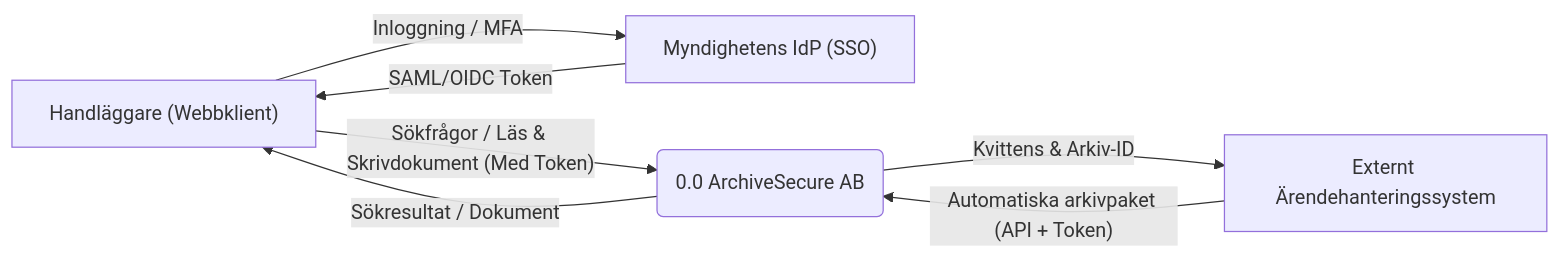
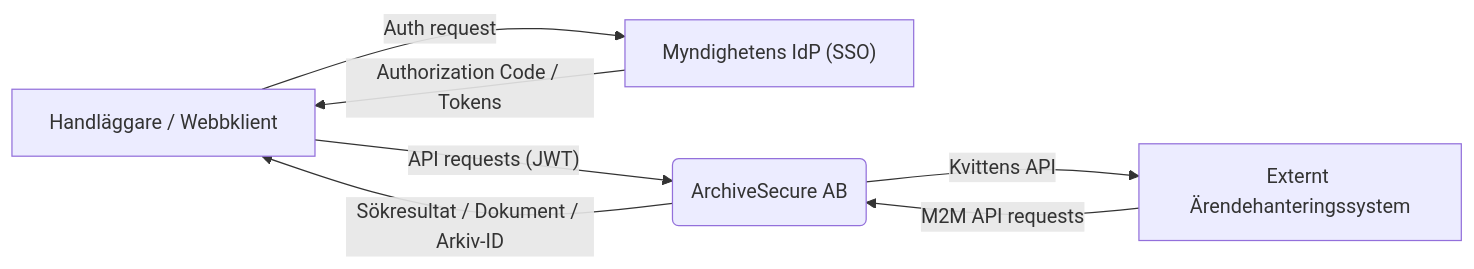
The first of 3 diagrams in docs/02_DataFlowDiagrams.md (DannielR98/e-arkiv-info-s-k-projekt), drawn with Mermaid before and after one commit. The commit also changed other lines of this file and 2 other files, not shown here.

````diff
--- a/docs/02_DataFlowDiagrams.md
+++ b/docs/02_DataFlowDiagrams.md
@@ -8,20 +8,20 @@
 ```mermaid
 flowchart LR
     %% Externa entiteter (Rektanglar)
-    User["Handläggare (Webbklient)"]
+    User["Handläggare / Webbklient"]
     ExtSystem["Externt Ärendehanteringssystem"]
     IdP["Myndighetens IdP (SSO)"]
 
     %% Huvudprocess (Rundad rektangel)
-    System("0.0 ArchiveSecure AB")
+    System("ArchiveSecure AB")
 
     %% Flöden
-    User -- "Inloggning / MFA" --> IdP
-    IdP -- "SAML/OIDC Token" --> User
+    User -->|Auth request| IdP
+    IdP -->|Authorization Code / Tokens| User
     
-    User -- "Sökfrågor / Läs & Skrivdokument (Med Token)" --> System
-    System -- "Sökresultat / Dokument" --> User
+    User -->|"API requests (JWT)"| System
+    ExtSystem -->|"M2M API requests"| System
     
-    ExtSystem -- "Automatiska arkivpaket (API + Token)" --> System
-    System -- "Kvittens & Arkiv-ID" --> ExtSystem
+    System -->|Sökresultat / Dokument / Arkiv-ID| User
+    System -->|Kvittens API| ExtSystem
 ```
````
